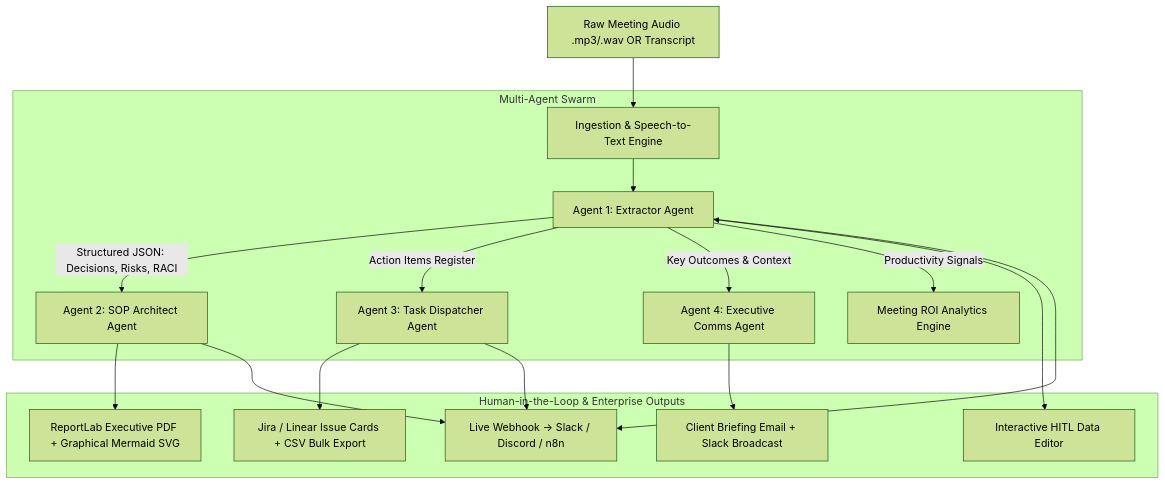
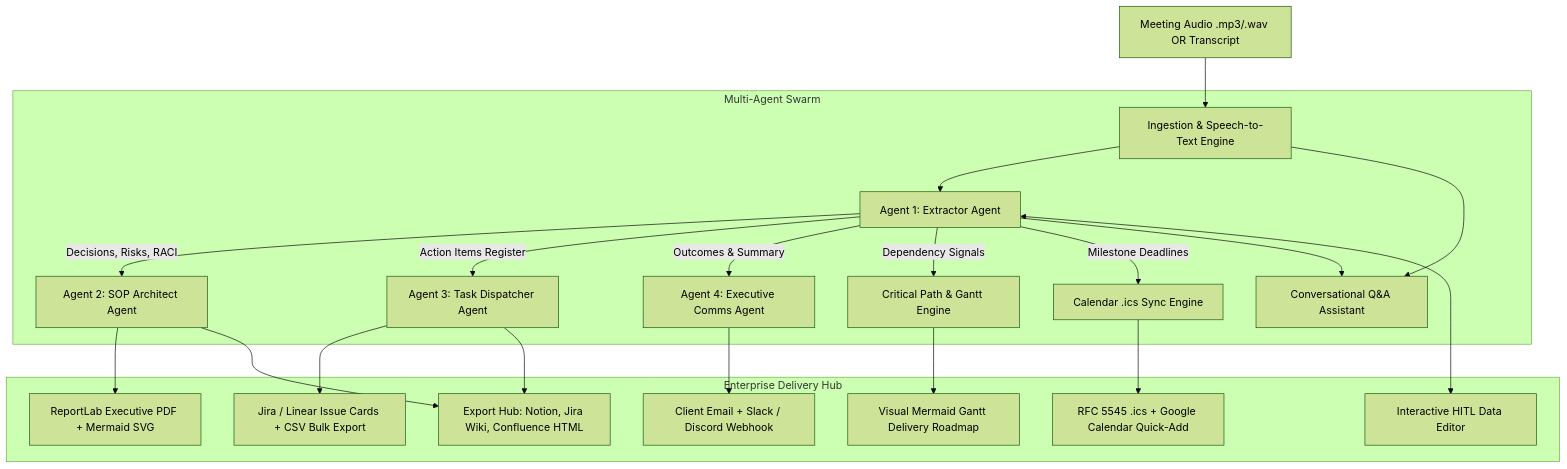
Before and after one commit to aakritishakya9/Enterprise-Ops-Agent-Workflow-Automator: the diagram in README.md, drawn with Mermaid (forest theme). The commit also changed other lines of this file and 7 other files, not shown here.

Commit message:
feat(v2.6): add Chat with Meeting Q&A, Calendar .ics export, Critical Path Gantt analyzer, and Notion/Jira/Confluence Export Hub

````diff
--- a/README.md
+++ b/README.md
@@ -25,20 +25,24 @@
 ```mermaid
 graph TD
-    A[Raw Meeting Audio .mp3/.wav OR Transcript] --> B[Ingestion & Speech-to-Text Engine]
+    A[Meeting Audio .mp3/.wav OR Transcript] --> B[Ingestion & Speech-to-Text Engine]
     
     subgraph Multi-Agent Swarm
         B --> C[Agent 1: Extractor Agent]
-        C -->|Structured JSON: Decisions, Risks, RACI| D[Agent 2: SOP Architect Agent]
+        C -->|Decisions, Risks, RACI| D[Agent 2: SOP Architect Agent]
         C -->|Action Items Register| E[Agent 3: Task Dispatcher Agent]
-        C -->|Key Outcomes & Context| F[Agent 4: Executive Comms Agent]
-        C -->|Productivity Signals| M[Meeting ROI Analytics Engine]
+        C -->|Outcomes & Summary| F[Agent 4: Executive Comms Agent]
+        C -->|Dependency Signals| G[Critical Path & Gantt Engine]
+        C -->|Milestone Deadlines| H[Calendar .ics Sync Engine]
+        B & C --> Q[Conversational Q&A Assistant]
     end
 
-    subgraph Human-in-the-Loop & Enterprise Outputs
+    subgraph Enterprise Delivery Hub
         C <--> H1[Interactive HITL Data Editor]
-        D --> G[ReportLab Executive PDF + Graphical Mermaid SVG]
-        E --> H[Jira / Linear Issue Cards + CSV Bulk Export]
-        F --> I[Client Briefing Email + Slack Broadcast]
-        C & D & E --> J[Live Webhook -> Slack / Discord / n8n]
+        D --> P1[ReportLab Executive PDF + Mermaid SVG]
+        E --> P2[Jira / Linear Issue Cards + CSV Bulk Export]
+        G --> P3[Visual Mermaid Gantt Delivery Roadmap]
+        H --> P4[RFC 5545 .ics + Google Calendar Quick-Add]
+        D & E --> P5[Export Hub: Notion, Jira Wiki, Confluence HTML]
+        F --> P6[Client Email + Slack / Discord Webhook]
     end
 ```
````
